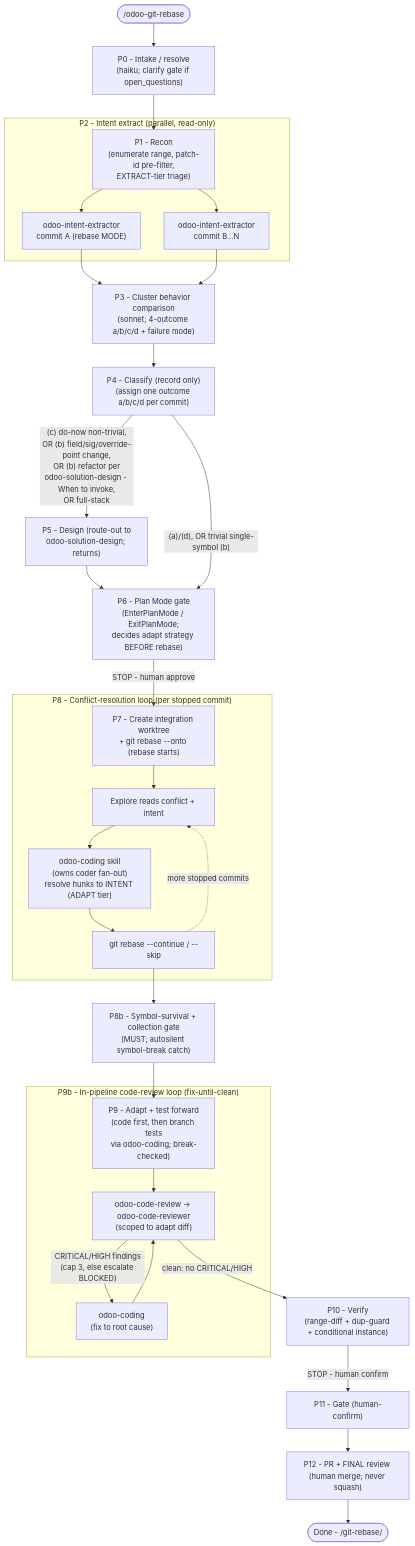
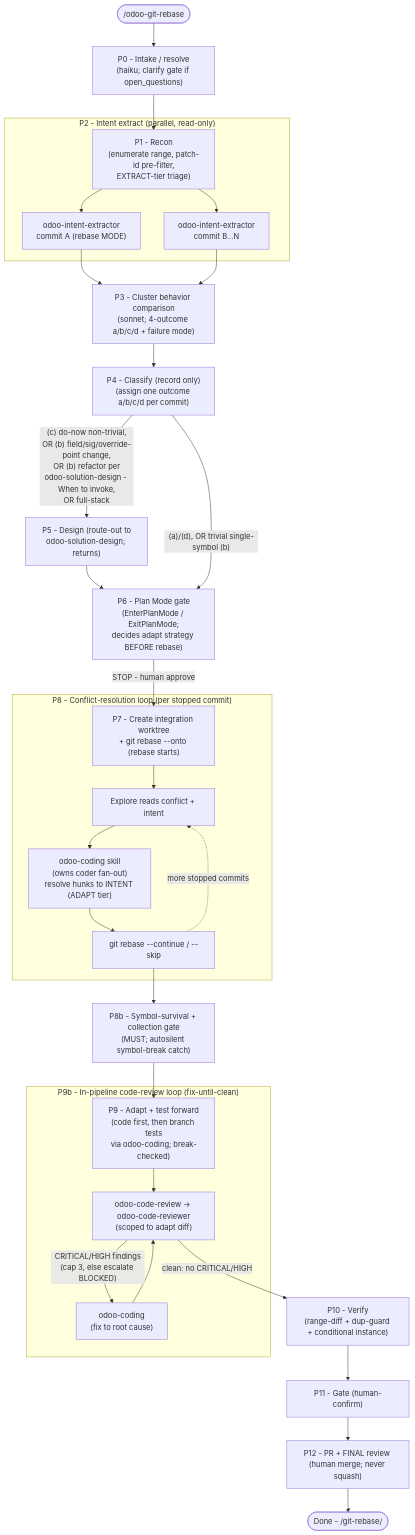
One commit to Viindoo/odoo-mcp-client changed the sixth of 9 diagrams in plugins/odoo-ai-agents/README.md. Above: the diagram before and after it, drawn with Mermaid. The commit also changed other lines of this file and 64 other files, not shown here.

````diff
--- a/plugins/odoo-ai-agents/README.md
+++ b/plugins/odoo-ai-agents/README.md
@@ -460,41 +463,41 @@
 ```mermaid
 flowchart TD
     START(["/odoo-git-rebase"])
     START --> P0["P0 - Intake / resolve<br/>(haiku; clarify gate if open_questions)"]
     P0 --> P1["P1 - Recon<br/>(enumerate range, patch-id pre-filter,<br/>EXTRACT-tier triage)"]
 
     subgraph P2_grp["P2 - Intent extract (parallel, read-only)"]
         P1 --> IE1["odoo-intent-extractor<br/>commit A (rebase MODE)"]
         P1 --> IE2["odoo-intent-extractor<br/>commit B...N"]
     end
 
     IE1 --> P3["P3 - Cluster behavior comparison<br/>(sonnet; 4-outcome a/b/c/d + failure mode)"]
     IE2 --> P3
     P3 --> P4["P4 - Classify (record only)<br/>(assign one outcome a/b/c/d per commit)"]
 
     P4 -->|"(c) do-now non-trivial,<br/>OR (b) field/sig/override-point change,<br/>OR (b) refactor per<br/>odoo-solution-design - When to invoke,<br/>OR full-stack"| P5["P5 - Design (route-out to<br/>odoo-solution-design; returns)"]
     P5 --> P6_gate
     P4 -->|"(a)/(d), OR trivial single-symbol (b)"| P6_gate["P6 - Plan Mode gate<br/>(EnterPlanMode / ExitPlanMode;<br/>decides adapt strategy BEFORE rebase)"]
     P6_gate -->|"STOP - human approve"| P7["P7 - Create integration worktree<br/>+ git rebase --onto (rebase starts)"]
 
     subgraph P8_grp["P8 - Conflict-resolution loop (per stopped commit)"]
         P7 --> CR1["Explore reads conflict + intent"]
         CR1 --> CR2["odoo-coding skill<br/>(owns coder fan-out)<br/>resolve hunks to INTENT (ADAPT tier)"]
         CR2 --> CR3["git rebase --continue / --skip"]
         CR3 -.->|"more stopped commits"| CR1
     end
 
     CR3 --> P8b["P8b - Symbol-survival + collection gate<br/>(MUST; autosilent symbol-break catch)"]
     P8b --> P9["P9 - Adapt + test forward<br/>(code first, then branch tests<br/>via odoo-coding; break-checked)"]
 
     subgraph P9b_grp["P9b - In-pipeline code-review loop (fix-until-clean)"]
         P9 --> RV["odoo-code-review -> odoo-code-reviewer<br/>(scoped to adapt diff)"]
         RV -->|"CRITICAL/HIGH findings<br/>(cap 3, else escalate BLOCKED)"| FX["odoo-coding<br/>(fix to root cause)"]
         FX --> RV
     end
 
     RV -->|"clean: no CRITICAL/HIGH"| P10["P10 - Verify<br/>(range-diff + dup-guard + conditional instance)"]
-    P10 -->|"STOP - human confirm"| P11["P11 - Gate (human-confirm)"]
+    P10 --> P11["P11 - Gate (human-confirm)"]
     P11 --> P12["P12 - PR + FINAL review (human merge; never squash)"]
     P12 --> DONE(["Done - <ISOLATE_DIR>/git-rebase/"])
 ```
````
